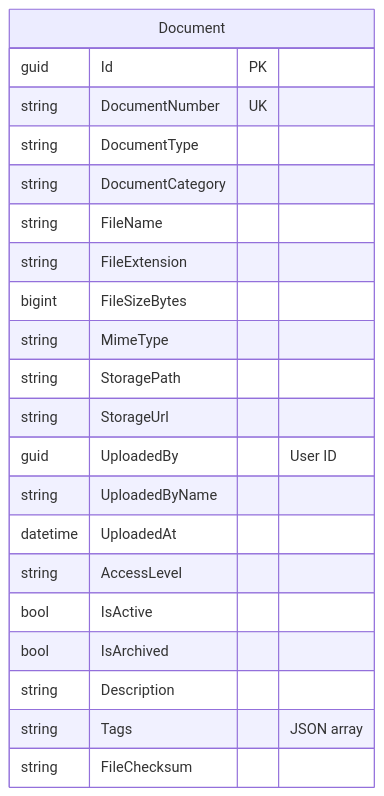
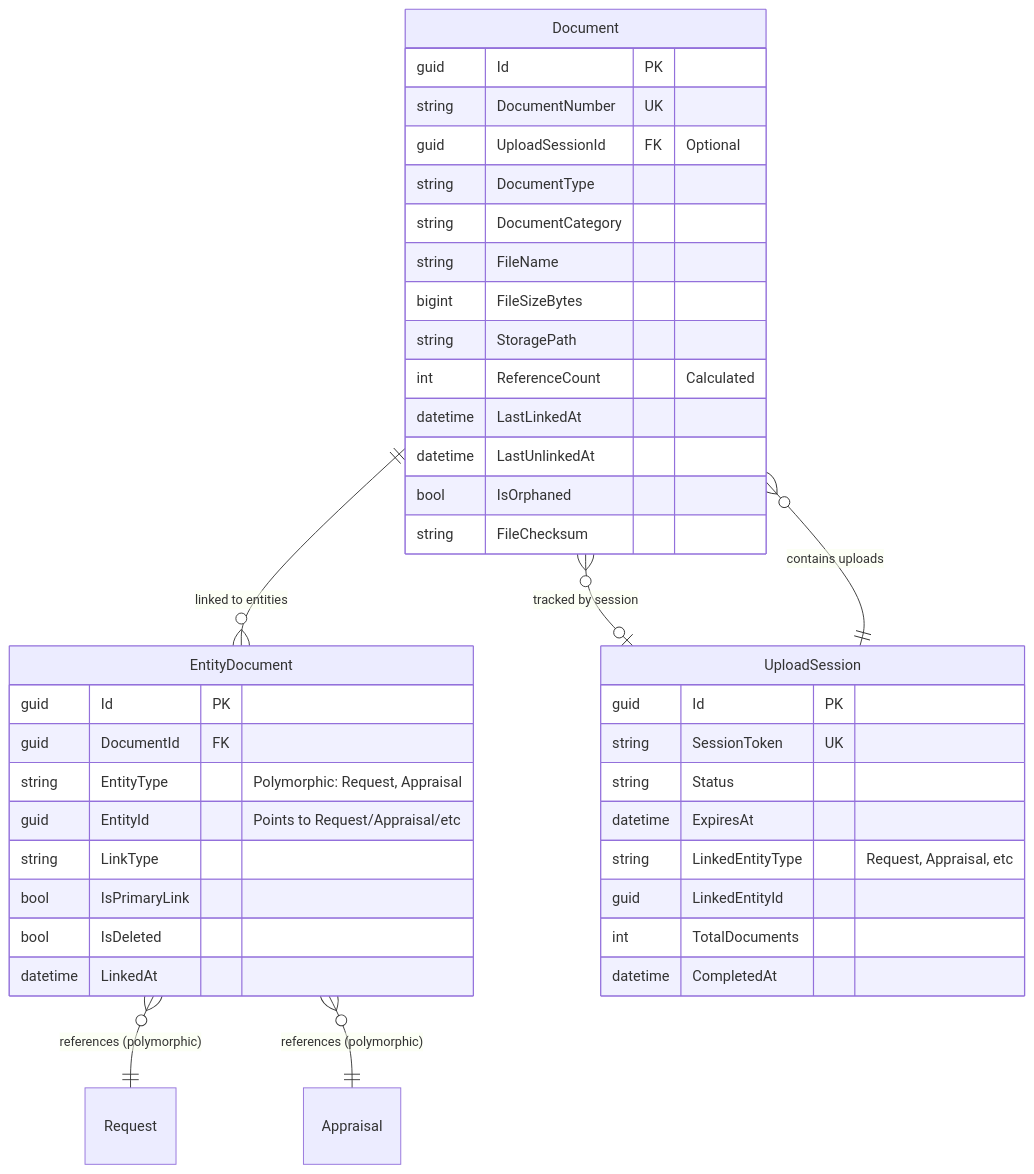
Before and after one commit to immortalgky/collateral-appraisal-system-api: the diagram in docs/data-model/05-document-module.md, drawn with Mermaid. The commit also changed other lines of this file, not shown here.

Commit message:
Enhance Document module: add upload session management, reference counting, and orphan detection features

````diff
--- a/docs/data-model/05-document-module.md
+++ b/docs/data-model/05-document-module.md
@@ -37,24 +43,47 @@
 ```mermaid
 erDiagram
+    Document ||--o{ EntityDocument : "linked to entities"
+    Document }o--o| UploadSession : "tracked by session"
+    UploadSession ||--o{ Document : "contains uploads"
+
+    EntityDocument }o--|| Request : "references (polymorphic)"
+    EntityDocument }o--|| Appraisal : "references (polymorphic)"
+
     Document {
         guid Id PK
         string DocumentNumber UK
+        guid UploadSessionId FK "Optional"
         string DocumentType
         string DocumentCategory
         string FileName
-        string FileExtension
         bigint FileSizeBytes
-        string MimeType
         string StoragePath
-        string StorageUrl
-        guid UploadedBy "User ID"
-        string UploadedByName
-        datetime UploadedAt
-        string AccessLevel
-        bool IsActive
-        bool IsArchived
-        string Description
-        string Tags "JSON array"
+        int ReferenceCount "Calculated"
+        datetime LastLinkedAt
+        datetime LastUnlinkedAt
+        bool IsOrphaned
         string FileChecksum
     }
+
+    UploadSession {
+        guid Id PK
+        string SessionToken UK
+        string Status
+        datetime ExpiresAt
+        string LinkedEntityType "Request, Appraisal, etc"
+        guid LinkedEntityId
+        int TotalDocuments
+        datetime CompletedAt
+    }
+
+    EntityDocument {
+        guid Id PK
+        guid DocumentId FK
+        string EntityType "Polymorphic: Request, Appraisal"
+        guid EntityId "Points to Request/Appraisal/etc"
+        string LinkType
+        bool IsPrimaryLink
+        bool IsDeleted
+        datetime LinkedAt
+    }
 ```
````
